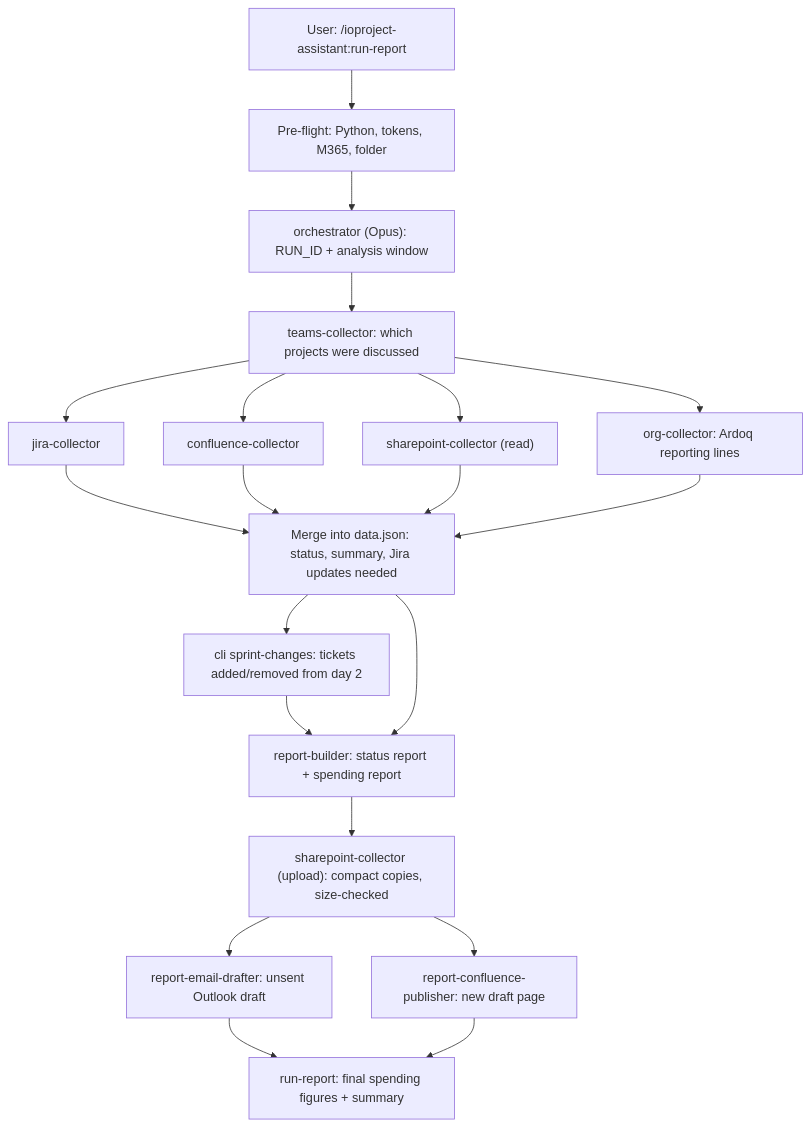
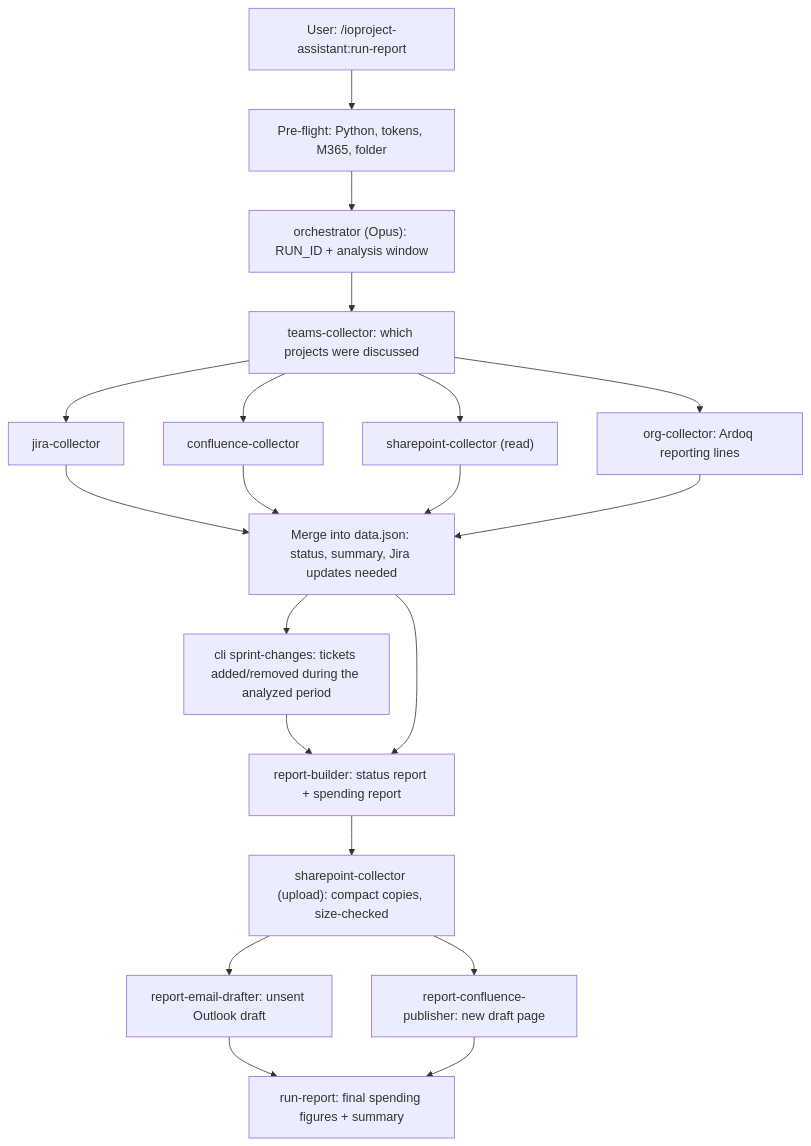
Before and after one commit to ig-kul-sec/ioproject-assistant: the diagram in docs/PLUGIN_GUIDE.md, drawn with Mermaid. The commit also changed other lines of this file and 9 other files, not shown here.

````diff
--- a/docs/PLUGIN_GUIDE.md
+++ b/docs/PLUGIN_GUIDE.md
@@ -390,22 +390,22 @@
 ```mermaid
 flowchart TD
     U["User: /ioproject-assistant:run-report"] --> PF["Pre-flight: Python, tokens, M365, folder"]
     PF --> O["orchestrator (Opus): RUN_ID + analysis window"]
     O --> T["teams-collector: which projects were discussed"]
     T --> J["jira-collector"]
     T --> C["confluence-collector"]
     T --> S["sharepoint-collector (read)"]
     T --> OC["org-collector: Ardoq reporting lines"]
     J --> M["Merge into data.json: status, summary, Jira updates needed"]
     C --> M
     S --> M
     OC --> M
-    M --> SC["cli sprint-changes: tickets added/removed from day 2"]
+    M --> SC["cli sprint-changes: tickets added/removed during the analyzed period"]
     SC --> RB
     M --> RB["report-builder: status report + spending report"]
     RB --> UP["sharepoint-collector (upload): compact copies, size-checked"]
     UP --> E["report-email-drafter: unsent Outlook draft"]
     UP --> CF["report-confluence-publisher: new draft page"]
     E --> F["run-report: final spending figures + summary"]
     CF --> F
 ```
````
